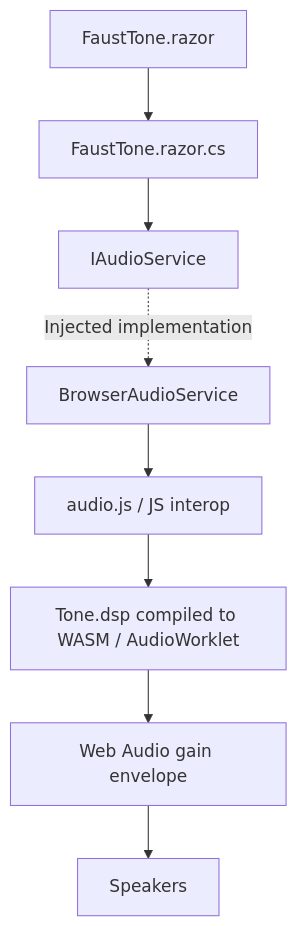
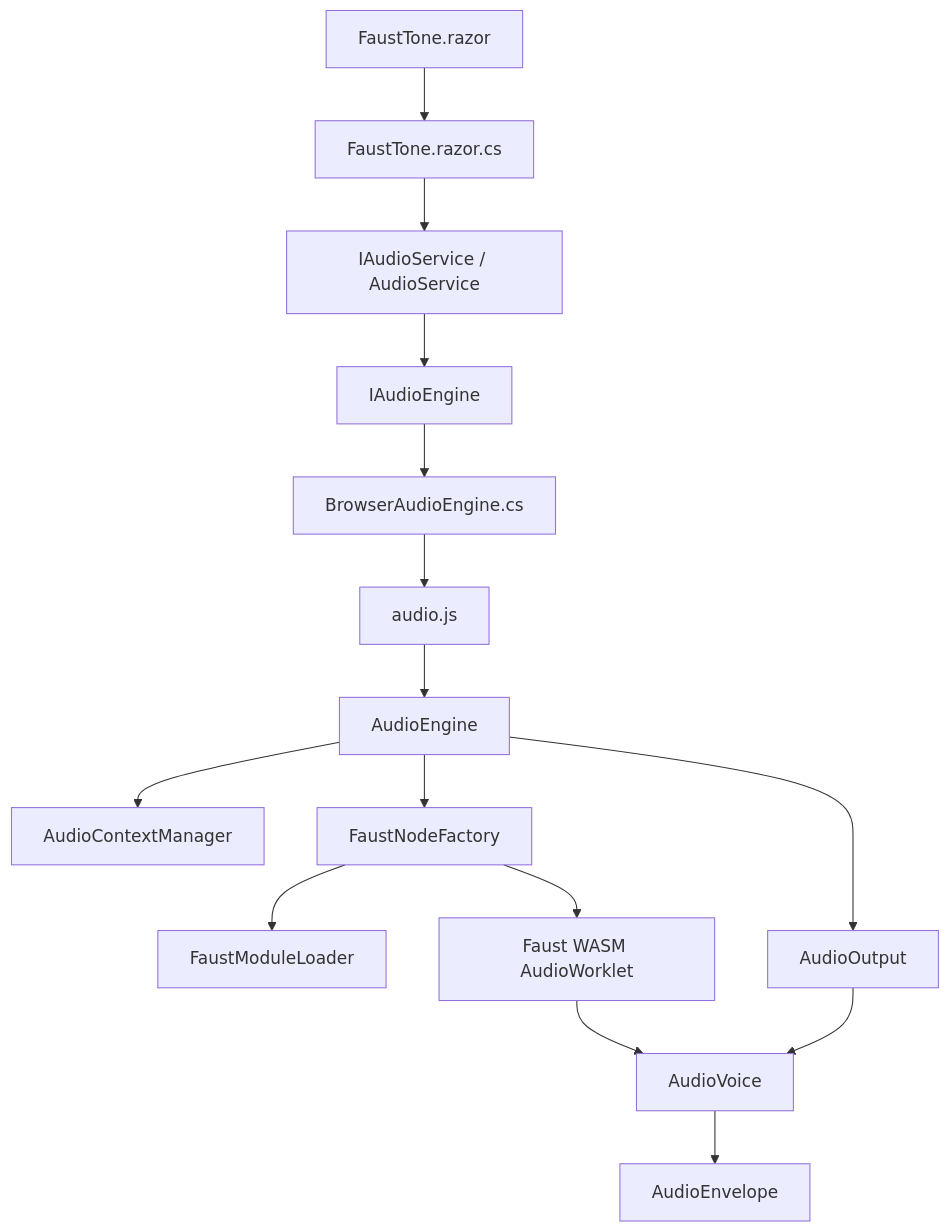
One commit to wgabel/orbit2 changed the third of 3 diagrams in README.md. Above: the diagram before and after it, drawn with Mermaid. The commit also changed other lines of this file and 26 other files, not shown here.

Commit message:
Refactor audio into modular infrastructure with reusable Faust processors

````diff
--- a/README.md
+++ b/README.md
@@ -108,10 +72,17 @@
 ```mermaid
 flowchart TD
-    UI["FaustTone.razor"] --> Presentation["FaustTone.razor.cs"]
-    Presentation --> Contract["IAudioService"]
-    Contract -. "Injected implementation" .-> Adapter["BrowserAudioService"]
-    Adapter --> Bridge["audio.js / JS interop"]
-    Bridge --> Worklet["Tone.dsp compiled to WASM / AudioWorklet"]
-    Worklet --> Gain["Web Audio gain envelope"]
-    Gain --> Output["Speakers"]
+    View["FaustTone.razor"] --> Presentation["FaustTone.razor.cs"]
+    Presentation --> Service["IAudioService / AudioService"]
+    Service --> EnginePort["IAudioEngine"]
+    EnginePort --> Adapter["BrowserAudioEngine.cs"]
+    Adapter --> Entry["audio.js"]
+    Entry --> Engine["AudioEngine"]
+    Engine --> Context["AudioContextManager"]
+    Engine --> Factory["FaustNodeFactory"]
+    Factory --> Loader["FaustModuleLoader"]
+    Engine --> Output["AudioOutput"]
+    Output --> Voice["AudioVoice"]
+    Voice --> Envelope["AudioEnvelope"]
+    Factory --> DSP["Faust WASM AudioWorklet"]
+    DSP --> Voice
 ```
````
